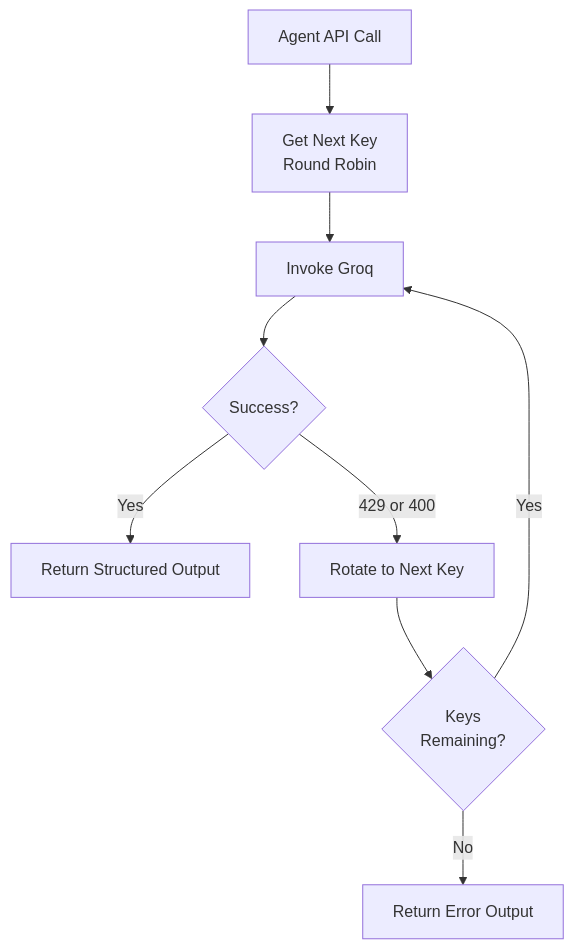
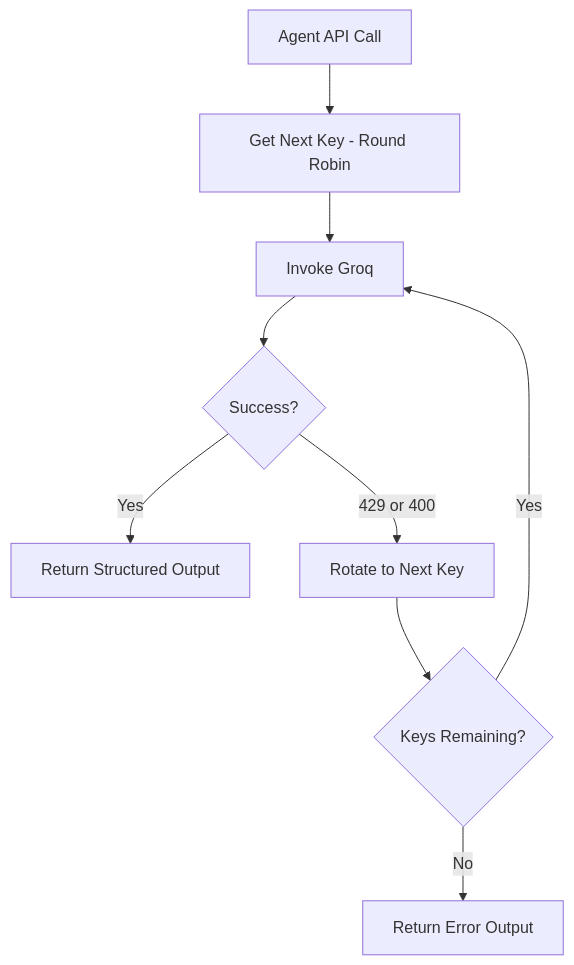
Before and after one commit to JanhaviChitre/Founders-Orchestra: the fifth of 5 diagrams in README.md, drawn with Mermaid. The commit also changed other lines of this file, not shown here.

````diff
--- a/README.md
+++ b/README.md
@@ -473,11 +473,11 @@
 ```mermaid
 flowchart TD
-    REQ[Agent API Call] --> KEY[Get Next Key\nRound Robin]
+    REQ[Agent API Call] --> KEY[Get Next Key - Round Robin]
     KEY --> CALL[Invoke Groq]
     CALL --> OK{Success?}
     OK -->|Yes| RET[Return Structured Output]
     OK -->|429 or 400| ROT[Rotate to Next Key]
-    ROT --> RETRY{Keys\nRemaining?}
+    ROT --> RETRY{Keys Remaining?}
     RETRY -->|Yes| CALL
     RETRY -->|No| ERR[Return Error Output]
 ```
````
